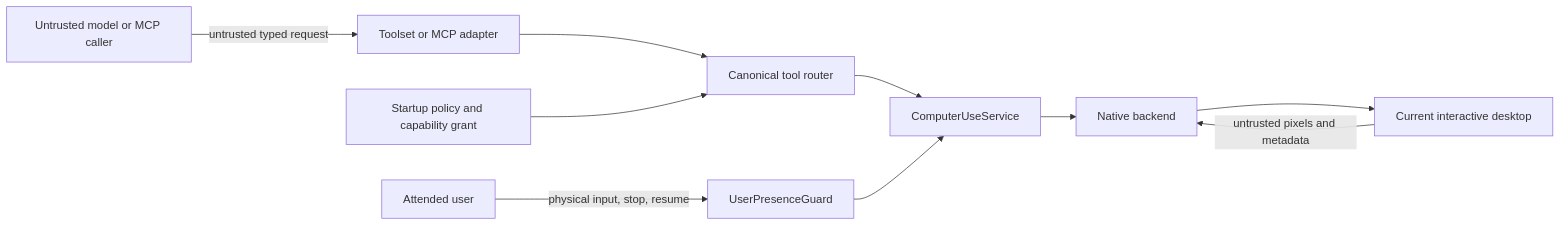
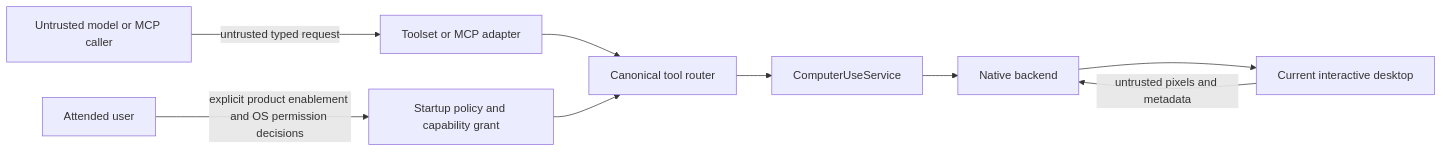
Before and after one commit to Wh1isper/starweaver: the first of 2 diagrams in spec/computer-use/06-security-testing-and-delivery.md, drawn with Mermaid. The commit also changed other lines of this file and 38 other files, not shown here.

````diff
--- a/spec/computer-use/06-security-testing-and-delivery.md
+++ b/spec/computer-use/06-security-testing-and-delivery.md
@@ -70,22 +67,20 @@
 ```mermaid
 flowchart LR
     caller[Untrusted model or MCP caller]
     adapter[Toolset or MCP adapter]
     router[Canonical tool router]
     policy[Startup policy and capability grant]
     service[ComputerUseService]
-    presence[UserPresenceGuard]
     backend[Native backend]
     os[Current interactive desktop]
     user[Attended user]
 
     caller -->|untrusted typed request| adapter
     adapter --> router
     policy --> router
     router --> service
-    presence --> service
     service --> backend
     backend --> os
-    user -->|physical input, stop, resume| presence
+    user -->|explicit product enablement and OS permission decisions| policy
     os -->|untrusted pixels and metadata| backend
 ```
````
